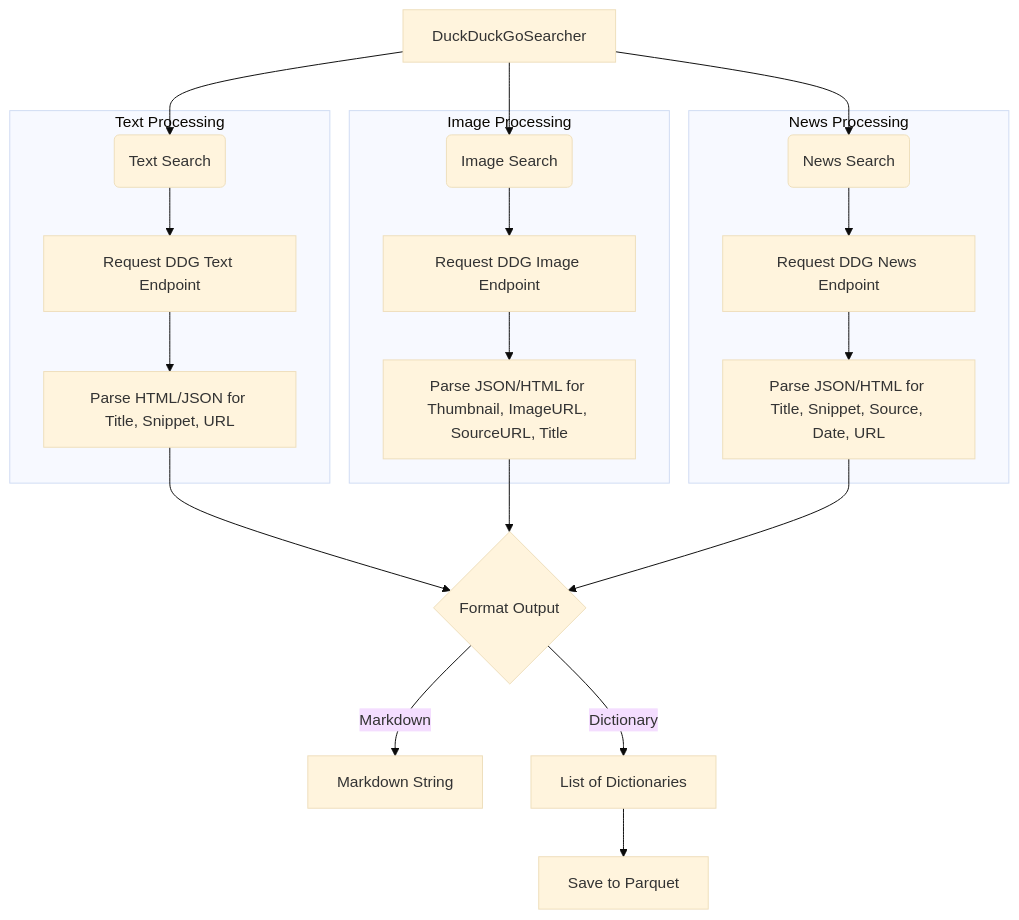
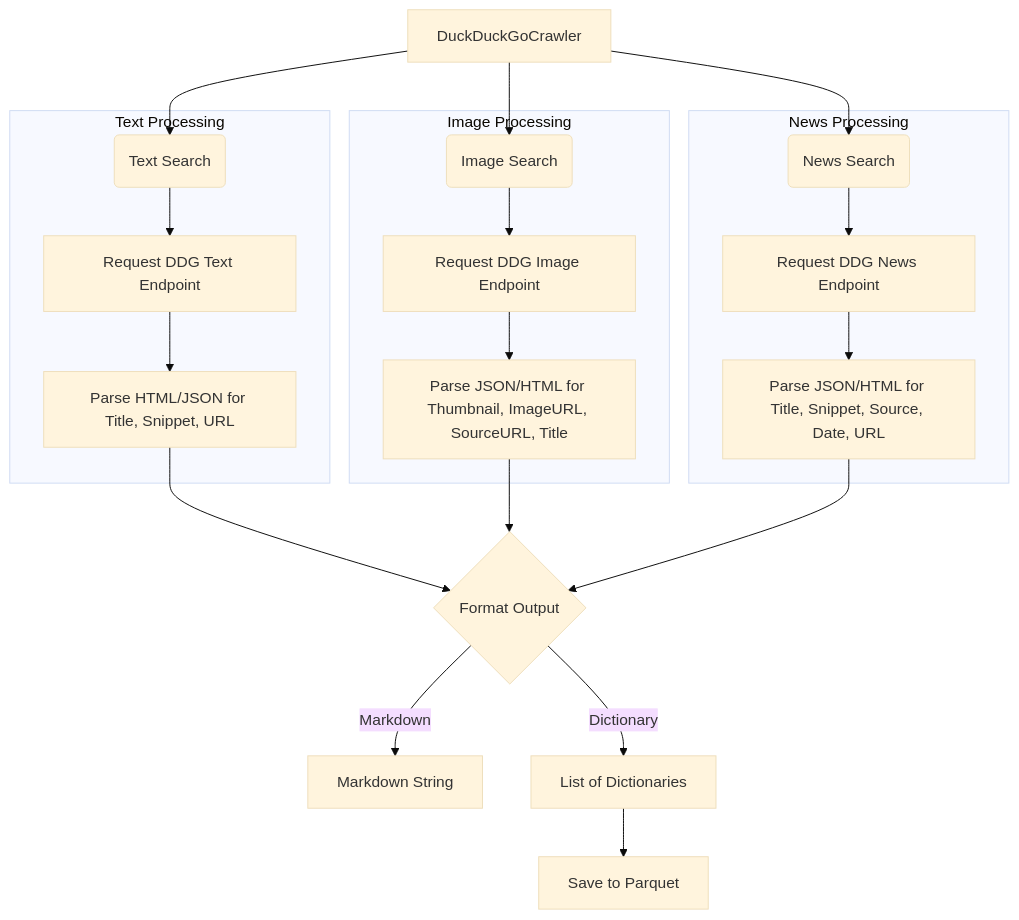
One commit to Ollama-Agent-Roll-Cage/oarc-crawlers changed diagram 15 of 25 in docs/Crawlers.md. Above: the diagram before and after it, drawn with Mermaid (base theme). The commit also changed other lines of this file and 6 other files, not shown here.

````diff
--- a/docs/Crawlers.md
+++ b/docs/Crawlers.md
@@ -517,28 +518,28 @@
 ```mermaid
 graph TB
-    A[DuckDuckGoSearcher] --> B(Text Search)
+    A[DuckDuckGoCrawler] --> B(Text Search)
     A --> C(Image Search)
     A --> D(News Search)
 
     subgraph Text Processing
         B --> E[Request DDG Text Endpoint]
         E --> F[Parse HTML/JSON for Title, Snippet, URL]
     end
     subgraph Image Processing
         C --> G[Request DDG Image Endpoint]
         G --> H[Parse JSON/HTML for Thumbnail, ImageURL, SourceURL, Title]
     end
     subgraph News Processing
         D --> I[Request DDG News Endpoint]
         I --> J[Parse JSON/HTML for Title, Snippet, Source, Date, URL]
     end
 
     F --> K{Format Output}
     H --> K
     J --> K
 
     K -- Markdown --> L[Markdown String]
     K -- Dictionary --> M[List of Dictionaries]
 
     M --> N[Save to Parquet]
 ```
````
